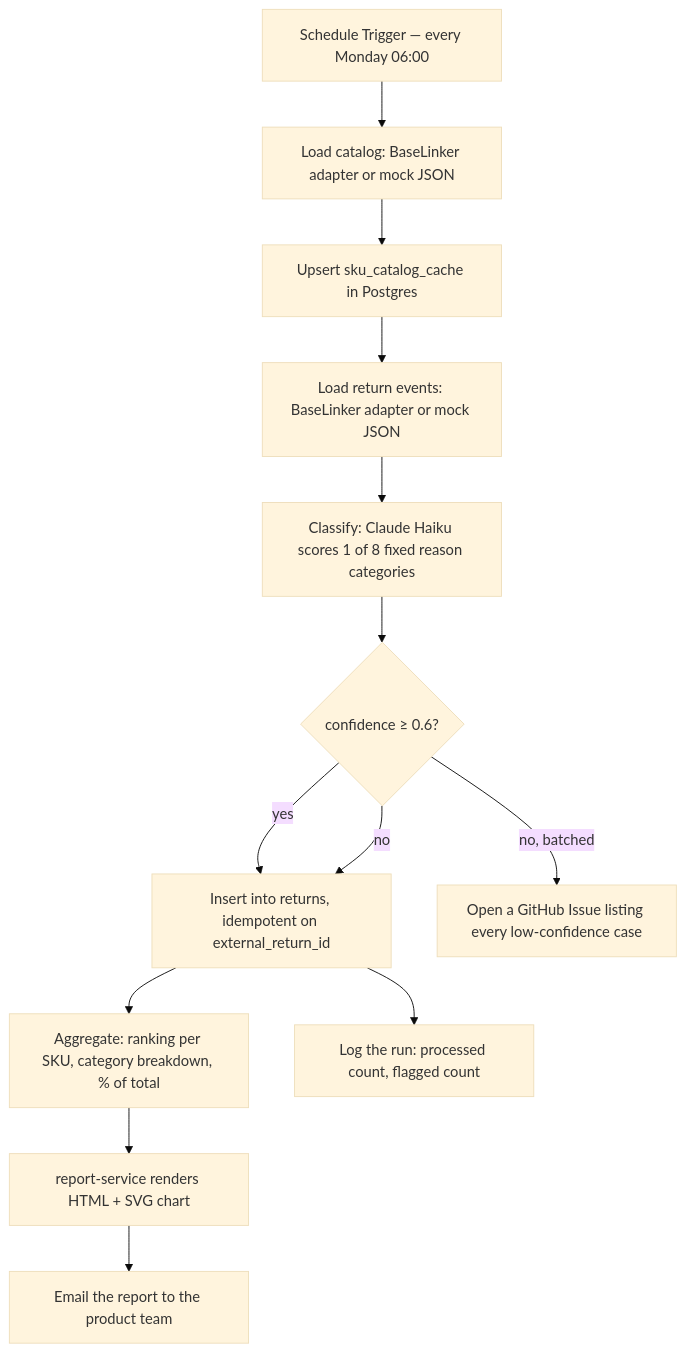
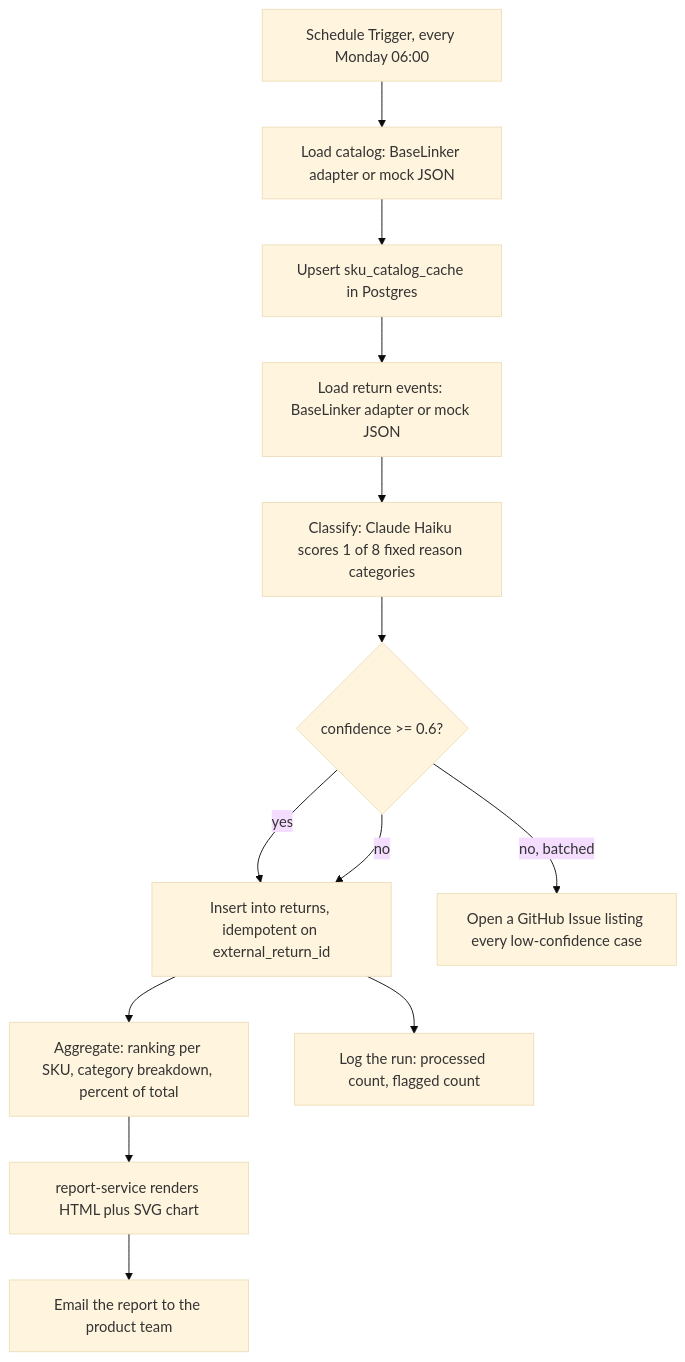
Before and after one commit to HubskiIT/returns-analysis-per-sku: the diagram in README.md, drawn with Mermaid (base theme). The commit also changed other lines of this file and 1 other file, not shown here.

````diff
--- a/README.md
+++ b/README.md
@@ -17,15 +17,15 @@
 ```mermaid
 flowchart TD
-    A[Schedule Trigger — every Monday 06:00] --> B[Load catalog: BaseLinker adapter or mock JSON]
+    A[Schedule Trigger, every Monday 06:00] --> B[Load catalog: BaseLinker adapter or mock JSON]
     B --> C[Upsert sku_catalog_cache in Postgres]
     C --> D[Load return events: BaseLinker adapter or mock JSON]
     D --> E[Classify: Claude Haiku scores 1 of 8 fixed reason categories]
-    E --> F{confidence ≥ 0.6?}
+    E --> F{confidence >= 0.6?}
     F -->|yes| G[Insert into returns, idempotent on external_return_id]
     F -->|no| G
     F -->|no, batched| H[Open a GitHub Issue listing every low-confidence case]
-    G --> I[Aggregate: ranking per SKU, category breakdown, % of total]
-    I --> J[report-service renders HTML + SVG chart]
+    G --> I[Aggregate: ranking per SKU, category breakdown, percent of total]
+    I --> J[report-service renders HTML plus SVG chart]
     J --> K[Email the report to the product team]
     G --> L[Log the run: processed count, flagged count]
 ```
````
